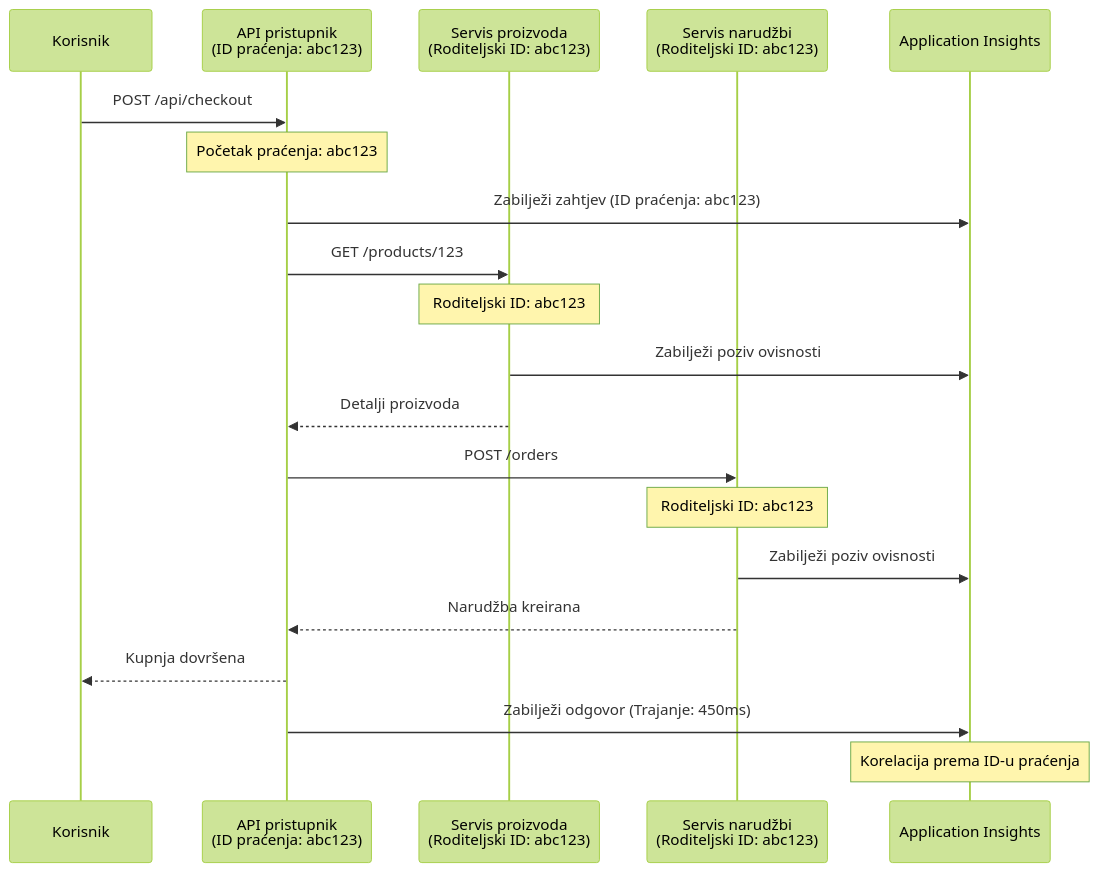
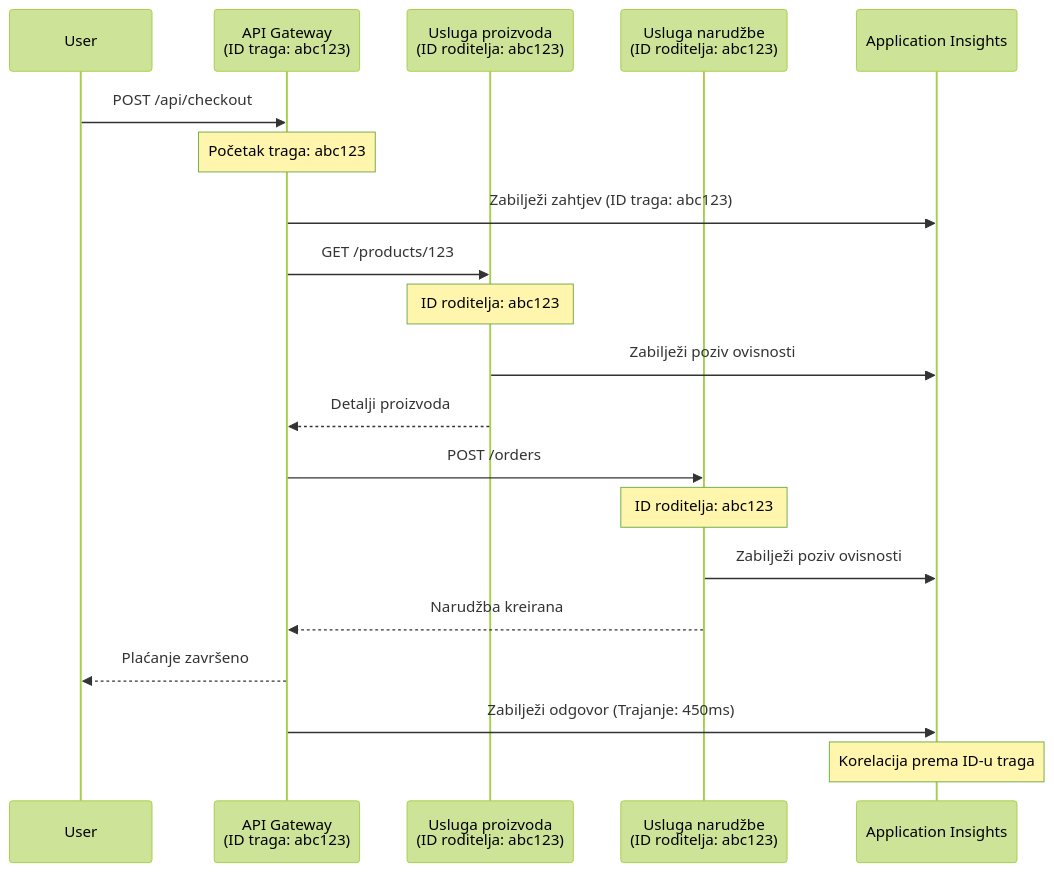
One commit to microsoft/AZD-for-beginners changed the second of 2 diagrams in translations/hr/docs/chapter-06-pre-deployment/application-insights.md. Above: the diagram before and after it, drawn with Mermaid (forest theme). The commit also changed other lines of this file and 101 other files, not shown here.

````diff
--- a/translations/hr/docs/chapter-06-pre-deployment/application-insights.md
+++ b/translations/hr/docs/chapter-06-pre-deployment/application-insights.md
@@ -744,27 +744,27 @@
 ```mermaid
 sequenceDiagram
-    participant User as Korisnik
-    participant Gateway as API pristupnik<br/>(ID praćenja: abc123)
-    participant Product as Servis proizvoda<br/>(Roditeljski ID: abc123)
-    participant Order as Servis narudžbi<br/>(Roditeljski ID: abc123)
+    participant User
+    participant Gateway as API Gateway<br/>(ID traga: abc123)
+    participant Product as Usluga proizvoda<br/>(ID roditelja: abc123)
+    participant Order as Usluga narudžbe<br/>(ID roditelja: abc123)
     participant AppInsights as Application Insights
     
     User->>Gateway: POST /api/checkout
-    Note over Gateway: Početak praćenja: abc123
-    Gateway->>AppInsights: Zabilježi zahtjev (ID praćenja: abc123)
+    Note over Gateway: Početak traga: abc123
+    Gateway->>AppInsights: Zabilježi zahtjev (ID traga: abc123)
     
     Gateway->>Product: GET /products/123
-    Note over Product: Roditeljski ID: abc123
+    Note over Product: ID roditelja: abc123
     Product->>AppInsights: Zabilježi poziv ovisnosti
     Product-->>Gateway: Detalji proizvoda
     
     Gateway->>Order: POST /orders
-    Note over Order: Roditeljski ID: abc123
+    Note over Order: ID roditelja: abc123
     Order->>AppInsights: Zabilježi poziv ovisnosti
     Order-->>Gateway: Narudžba kreirana
     
-    Gateway-->>User: Kupnja dovršena
+    Gateway-->>User: Plaćanje završeno
     Gateway->>AppInsights: Zabilježi odgovor (Trajanje: 450ms)
     
-    Note over AppInsights: Korelacija prema ID-u praćenja
+    Note over AppInsights: Korelacija prema ID-u traga
 ```
````
